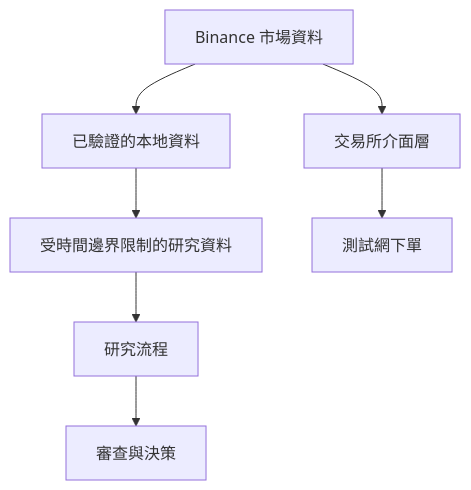
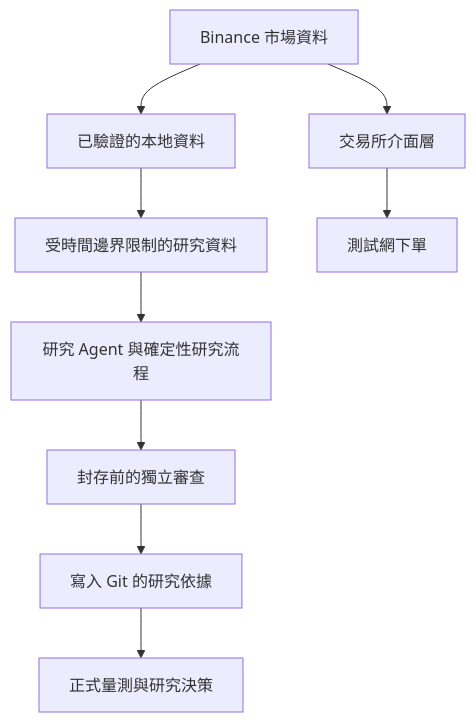
Before and after one commit to terrylu930119/crypto-research-platform: the diagram in ARCHITECTURE.zh-TW.md, drawn with Mermaid. The commit also changed other lines of this file and 3 other files, not shown here.

````diff
--- a/ARCHITECTURE.zh-TW.md
+++ b/ARCHITECTURE.zh-TW.md
@@ -7,10 +7,12 @@
 ```mermaid
 flowchart TD
     A[Binance 市場資料] --> B[已驗證的本地資料]
     B --> C[受時間邊界限制的研究資料]
-    C --> D[研究流程]
-    D --> E[審查與決策]
+    C --> D[研究 Agent 與確定性研究流程]
+    D --> E[封存前的獨立審查]
+    E --> F[寫入 Git 的研究依據]
+    F --> G[正式量測與研究決策]
 
-    A --> F[交易所介面層]
-    F --> G[測試網下單]
+    A --> H[交易所介面層]
+    H --> I[測試網下單]
 ```
````
